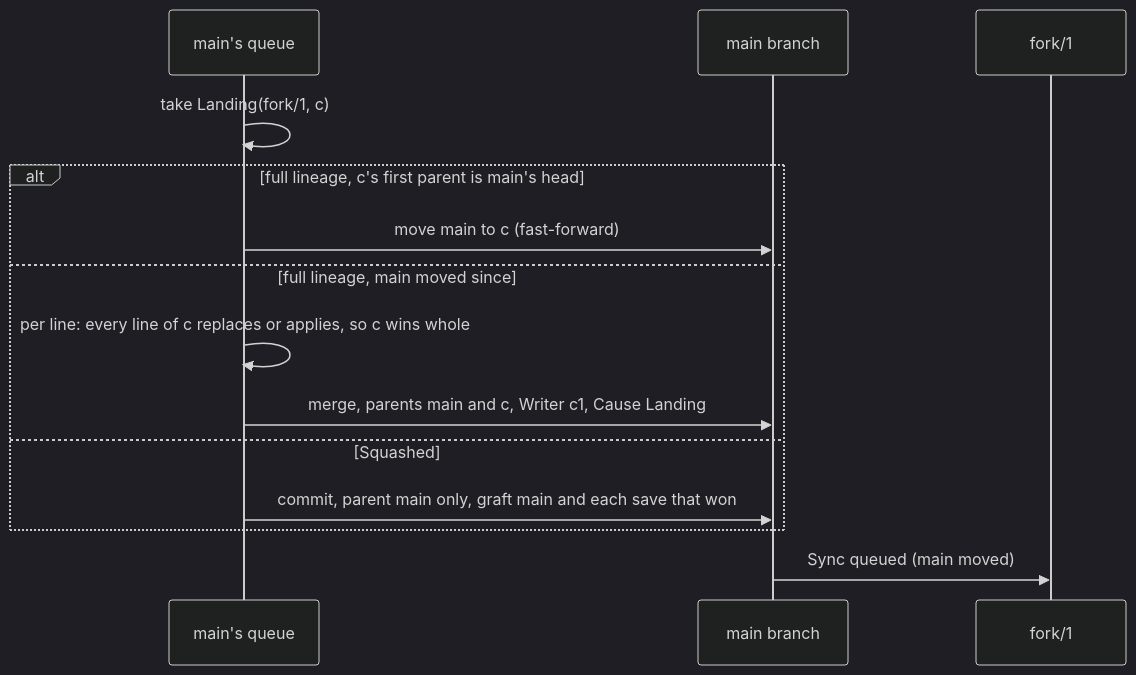
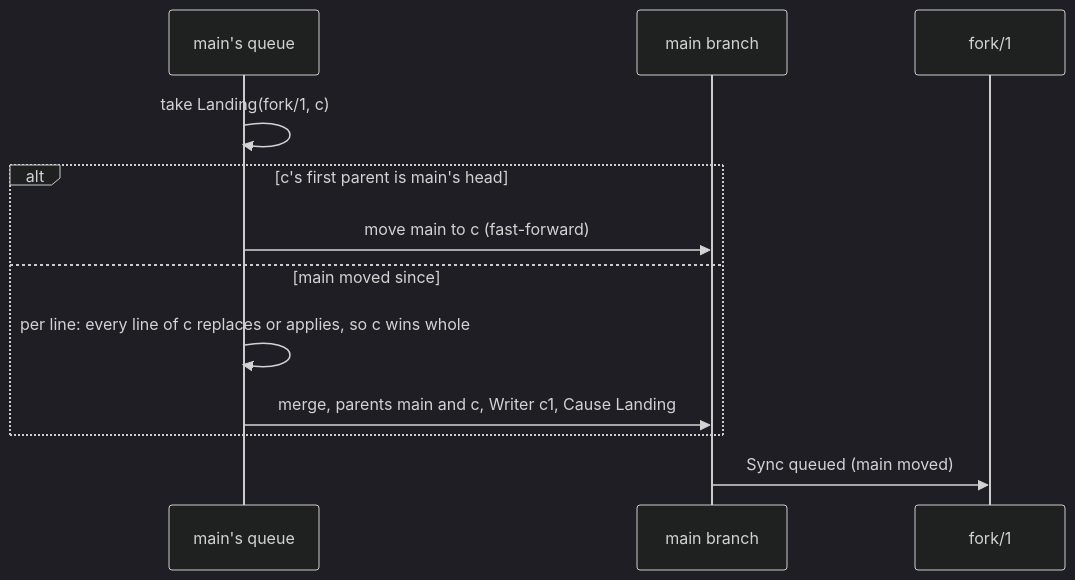
One commit to mcurcio/agentfs changed the third of 7 diagrams in docs/target-architecture/git-model.md. Above: the diagram before and after it, drawn with Mermaid (dark theme). The commit also changed other lines of this file and 8 other files, not shown here.

````diff
--- a/docs/target-architecture/git-model.md
+++ b/docs/target-architecture/git-model.md
@@ -523,16 +509,14 @@
 ```mermaid
 sequenceDiagram
   participant QM as main's queue
   participant M as main branch
   participant A as fork/1
   QM->>QM: take Landing(fork/1, c)
-  alt full lineage, c's first parent is main's head
+  alt c's first parent is main's head
     QM->>M: move main to c (fast-forward)
-  else full lineage, main moved since
+  else main moved since
     QM->>QM: per line: every line of c replaces or applies, so c wins whole
     QM->>M: merge, parents main and c, Writer c1, Cause Landing
-  else Squashed
-    QM->>M: commit, parent main only, graft main and each save that won
   end
   M->>A: Sync queued (main moved)
 ```
````
